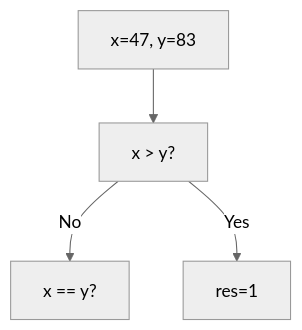
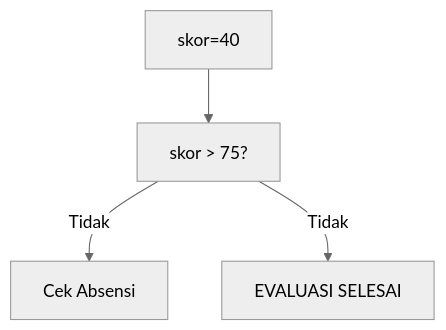
The third of 25 diagrams in part-c-pemahaman-cpp/02-percabangan/latihan/set-12.md (amnahwaida/OSNK_INF_PREP), drawn with Mermaid (neutral theme) before and after one commit. The commit also changed other lines of this file and 71 other files, not shown here.

````diff
--- a/part-c-pemahaman-cpp/02-percabangan/latihan/set-12.md
+++ b/part-c-pemahaman-cpp/02-percabangan/latihan/set-12.md
@@ -80,6 +81,6 @@
 ```mermaid
 graph TD
-A["x=47, y=83"] --> B["x > y?"]
-B -- No --> C["x == y?"]
-B -- Yes --> D[res=1]
+A["skor=40"] --> B["skor > 75?"]
+B -- Tidak --> C["Cek Absensi"]
+B -- Tidak --> D["EVALUASI SELESAI"]
 ```
````
